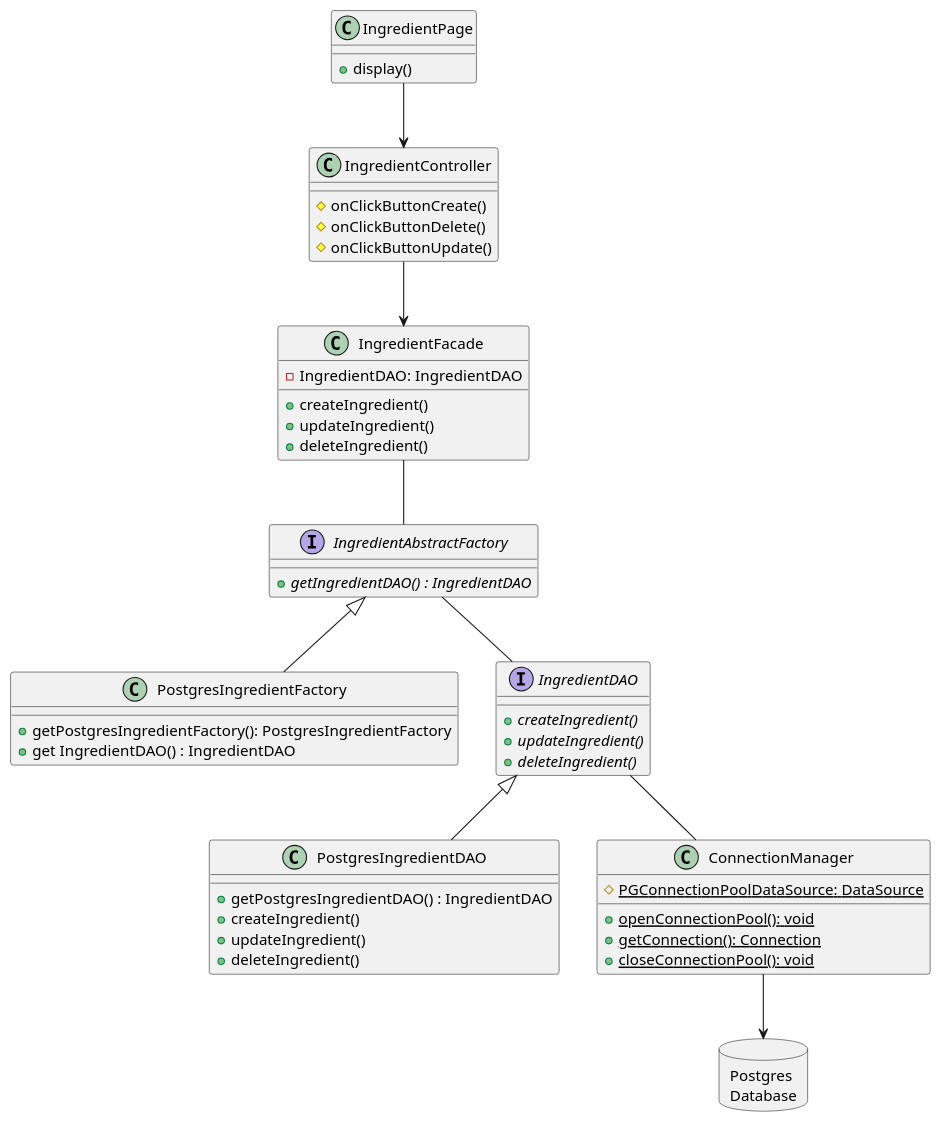
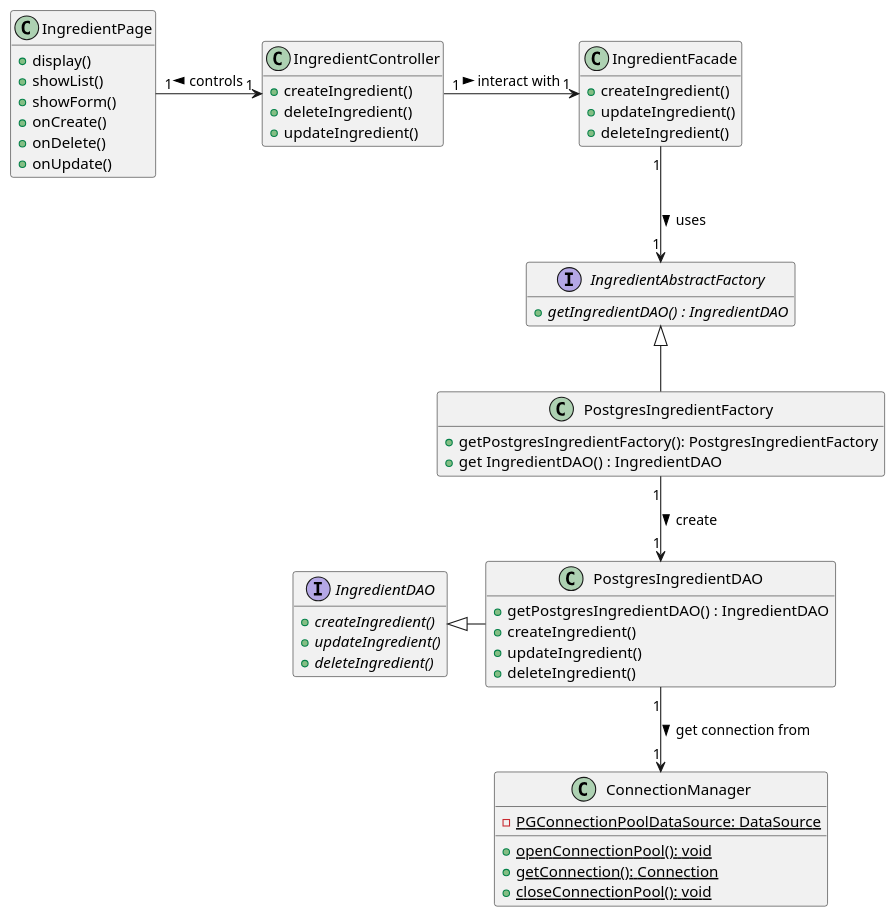
Before and after one commit to iusildra/WineCellar: the diagram in doc/reports/prototype/plantuml/IngredientManagement/ingredientClassDiagram.plantuml, drawn with PlantUML. The commit also changed 6 other files, not shown here.

```diff
--- a/doc/reports/prototype/plantuml/IngredientManagement/ingredientClassDiagram.plantuml
+++ b/doc/reports/prototype/plantuml/IngredientManagement/ingredientClassDiagram.plantuml
@@ -1,73 +1,85 @@
 @startuml IngredientClassDiagram
+hide empty members
 
 class IngredientPage {
   + display()
+  + showList()
+  + showForm()
+  + onCreate()
+  + onDelete()
+  + onUpdate()
 }
 
 class IngredientController {
-  # onClickButtonCreate()
-  # onClickButtonDelete()
-  # onClickButtonUpdate()
+  + createIngredient()
+  + deleteIngredient()
+  + updateIngredient()
 }
 
 
 class IngredientFacade {
-  - IngredientDAO: IngredientDAO
   + createIngredient()
   + updateIngredient()
   + deleteIngredient()
 }
 
 
 interface IngredientAbstractFactory {
   + {abstract} getIngredientDAO() : IngredientDAO
 
 }
 
 
 class PostgresIngredientFactory {
   + getPostgresIngredientFactory(): PostgresIngredientFactory
   + get IngredientDAO() : IngredientDAO
 }
 
 
 Interface IngredientDAO {
   + {abstract} createIngredient()
   + {abstract} updateIngredient()
   + {abstract} deleteIngredient()
 }
 
 
 class PostgresIngredientDAO{
   + getPostgresIngredientDAO() : IngredientDAO
   + createIngredient()
   + updateIngredient()
   + deleteIngredient()
 }
 
 
 class ConnectionManager {
-  # {static} PGConnectionPoolDataSource: DataSource
+  ' it is private and should be accessed by any other classes except with the available methods
+  - {static} PGConnectionPoolDataSource: DataSource
   + {static} openConnectionPool(): void
   + {static} getConnection(): Connection
   + {static} closeConnectionPool(): void
 }
 
 
-database "Postgres\nDatabase" as Postgres {
+' not an object, so not sure it's needed
+' database "Postgres\nDatabase" as Postgres {
 
-}
+' }
 
-class PostgresIngredientFactory extends IngredientAbstractFactory
-class PostgresIngredientDAO extends IngredientDAO
+PostgresIngredientFactory -u-|> IngredientAbstractFactory
+PostgresIngredientDAO     -l-|> IngredientDAO
 
-IngredientPage --> IngredientController
-IngredientController --> IngredientFacade
-IngredientFacade -- IngredientAbstractFactory
-IngredientAbstractFactory -- IngredientDAO
-IngredientDAO -- ConnectionManager
-ConnectionManager --> Postgres
+IngredientPage            "1" -r-> "1" IngredientController: <  controls
+IngredientController      "1" -r-> "1" IngredientFacade: > interact with
+IngredientFacade          "1" --> "1" IngredientAbstractFactory: > uses
+PostgresIngredientFactory "1" --> "1" PostgresIngredientDAO: > create
+PostgresIngredientDAO     "1" --> "1" ConnectionManager:> get connection from
+' ConnectionManager         --> Postgres
+
+' an interface cannot have association starting from it (it can't have attributes unless they are static)
+' the factory generate a concrete object, so we need to link it to the concrete class instead of the interface. But we still need it as a contract
+' not useful to store the DAO in facade, we can fetch it anytime we need it (pure composition/delegation)
+' the UI needs methods to deal with actions (validate creation...) that will call the controller to do the specific tasks
 
 
 
 @enduml
```
